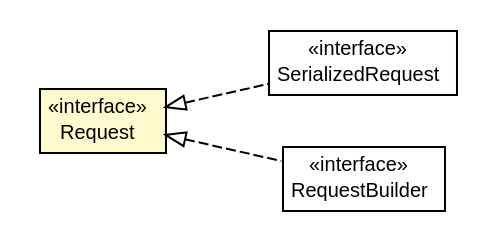
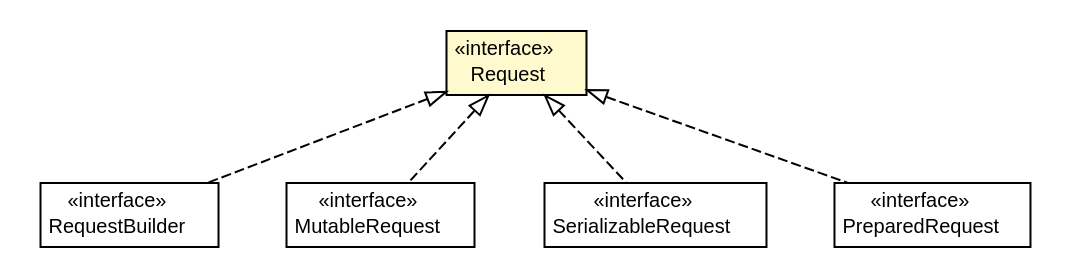
The diagram in 0.3.0-SNAPSHOT/javadoc/apidocs/io/reinert/requestor/Request.dot (reinert/requestor), drawn with Graphviz before and after one commit. The commit also changed 1943 other files, not shown here.

```diff
--- a/0.3.0-SNAPSHOT/javadoc/apidocs/io/reinert/requestor/Request.dot
+++ b/0.3.0-SNAPSHOT/javadoc/apidocs/io/reinert/requestor/Request.dot
@@ -1,38 +1,55 @@
 #!/usr/local/bin/dot
 #
 # Class diagram 
 # Generated by UMLGraph version R5_6-24-gf6e263 (http://www.umlgraph.org/)
 #
 
 digraph G {
-	edge [fontname="arial",fontsize=10,labelfontname="arial",labelfontsize=10];
-	node [fontname="arial",fontsize=10,shape=plaintext];
+	edge [fontname="Helvetica",fontsize=10,labelfontname="Helvetica",labelfontsize=10];
+	node [fontname="Helvetica",fontsize=10,shape=plaintext];
 	nodesep=0.25;
 	ranksep=0.5;
-	rankdir=LR;
-	// io.reinert.requestor.SerializedRequest
-	c10373 [label=<<table title="io.reinert.requestor.SerializedRequest" border="0" cellborder="1" cellspacing="0" cellpadding="2" port="p" href="./SerializedRequest.html">
-		<tr><td><table border="0" cellspacing="0" cellpadding="1">
-<tr><td align="center" balign="center"> &#171;interface&#187; </td></tr>
-<tr><td align="center" balign="center"> SerializedRequest </td></tr>
-		</table></td></tr>
-		</table>>, URL="./SerializedRequest.html", fontname="arial", fontcolor="black", fontsize=10.0];
 	// io.reinert.requestor.RequestBuilder
-	c10403 [label=<<table title="io.reinert.requestor.RequestBuilder" border="0" cellborder="1" cellspacing="0" cellpadding="2" port="p" href="./RequestBuilder.html">
+	c23298 [label=<<table title="io.reinert.requestor.RequestBuilder" border="0" cellborder="1" cellspacing="0" cellpadding="2" port="p" href="./RequestBuilder.html">
 		<tr><td><table border="0" cellspacing="0" cellpadding="1">
 <tr><td align="center" balign="center"> &#171;interface&#187; </td></tr>
 <tr><td align="center" balign="center"> RequestBuilder </td></tr>
 		</table></td></tr>
-		</table>>, URL="./RequestBuilder.html", fontname="arial", fontcolor="black", fontsize=10.0];
+		</table>>, URL="./RequestBuilder.html", fontname="Helvetica", fontcolor="black", fontsize=10.0];
+	// io.reinert.requestor.MutableRequest
+	c23320 [label=<<table title="io.reinert.requestor.MutableRequest" border="0" cellborder="1" cellspacing="0" cellpadding="2" port="p" href="./MutableRequest.html">
+		<tr><td><table border="0" cellspacing="0" cellpadding="1">
+<tr><td align="center" balign="center"> &#171;interface&#187; </td></tr>
+<tr><td align="center" balign="center"> MutableRequest </td></tr>
+		</table></td></tr>
+		</table>>, URL="./MutableRequest.html", fontname="Helvetica", fontcolor="black", fontsize=10.0];
 	// io.reinert.requestor.Request
-	c10404 [label=<<table title="io.reinert.requestor.Request" border="0" cellborder="1" cellspacing="0" cellpadding="2" port="p" bgcolor="lemonChiffon" href="./Request.html">
+	c23335 [label=<<table title="io.reinert.requestor.Request" border="0" cellborder="1" cellspacing="0" cellpadding="2" port="p" bgcolor="lemonChiffon" href="./Request.html">
 		<tr><td><table border="0" cellspacing="0" cellpadding="1">
 <tr><td align="center" balign="center"> &#171;interface&#187; </td></tr>
 <tr><td align="center" balign="center"> Request </td></tr>
 		</table></td></tr>
-		</table>>, URL="./Request.html", fontname="arial", fontcolor="black", fontsize=10.0];
-	//io.reinert.requestor.SerializedRequest implements io.reinert.requestor.Request
-	c10404:p -> c10373:p [dir=back,arrowtail=empty,style=dashed];
+		</table>>, URL="./Request.html", fontname="Helvetica", fontcolor="black", fontsize=10.0];
+	// io.reinert.requestor.SerializableRequest
+	c23336 [label=<<table title="io.reinert.requestor.SerializableRequest" border="0" cellborder="1" cellspacing="0" cellpadding="2" port="p" href="./SerializableRequest.html">
+		<tr><td><table border="0" cellspacing="0" cellpadding="1">
+<tr><td align="center" balign="center"> &#171;interface&#187; </td></tr>
+<tr><td align="center" balign="center"> SerializableRequest </td></tr>
+		</table></td></tr>
+		</table>>, URL="./SerializableRequest.html", fontname="Helvetica", fontcolor="black", fontsize=10.0];
+	// io.reinert.requestor.PreparedRequest
+	c23372 [label=<<table title="io.reinert.requestor.PreparedRequest" border="0" cellborder="1" cellspacing="0" cellpadding="2" port="p" href="./PreparedRequest.html">
+		<tr><td><table border="0" cellspacing="0" cellpadding="1">
+<tr><td align="center" balign="center"> &#171;interface&#187; </td></tr>
+<tr><td align="center" balign="center"> PreparedRequest </td></tr>
+		</table></td></tr>
+		</table>>, URL="./PreparedRequest.html", fontname="Helvetica", fontcolor="black", fontsize=10.0];
 	//io.reinert.requestor.RequestBuilder implements io.reinert.requestor.Request
-	c10404:p -> c10403:p [dir=back,arrowtail=empty,style=dashed];
+	c23335:p -> c23298:p [dir=back,arrowtail=empty,style=dashed];
+	//io.reinert.requestor.MutableRequest implements io.reinert.requestor.Request
+	c23335:p -> c23320:p [dir=back,arrowtail=empty,style=dashed];
+	//io.reinert.requestor.SerializableRequest implements io.reinert.requestor.Request
+	c23335:p -> c23336:p [dir=back,arrowtail=empty,style=dashed];
+	//io.reinert.requestor.PreparedRequest implements io.reinert.requestor.Request
+	c23335:p -> c23372:p [dir=back,arrowtail=empty,style=dashed];
 }
```
